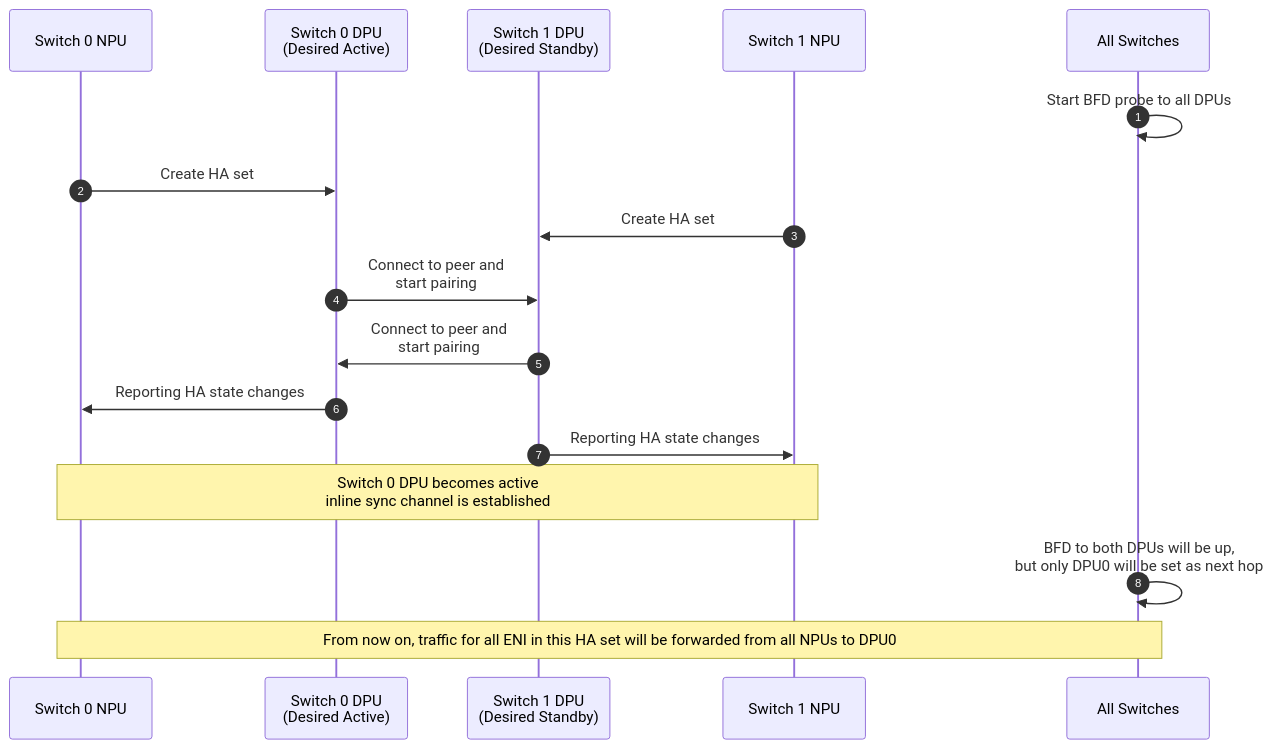
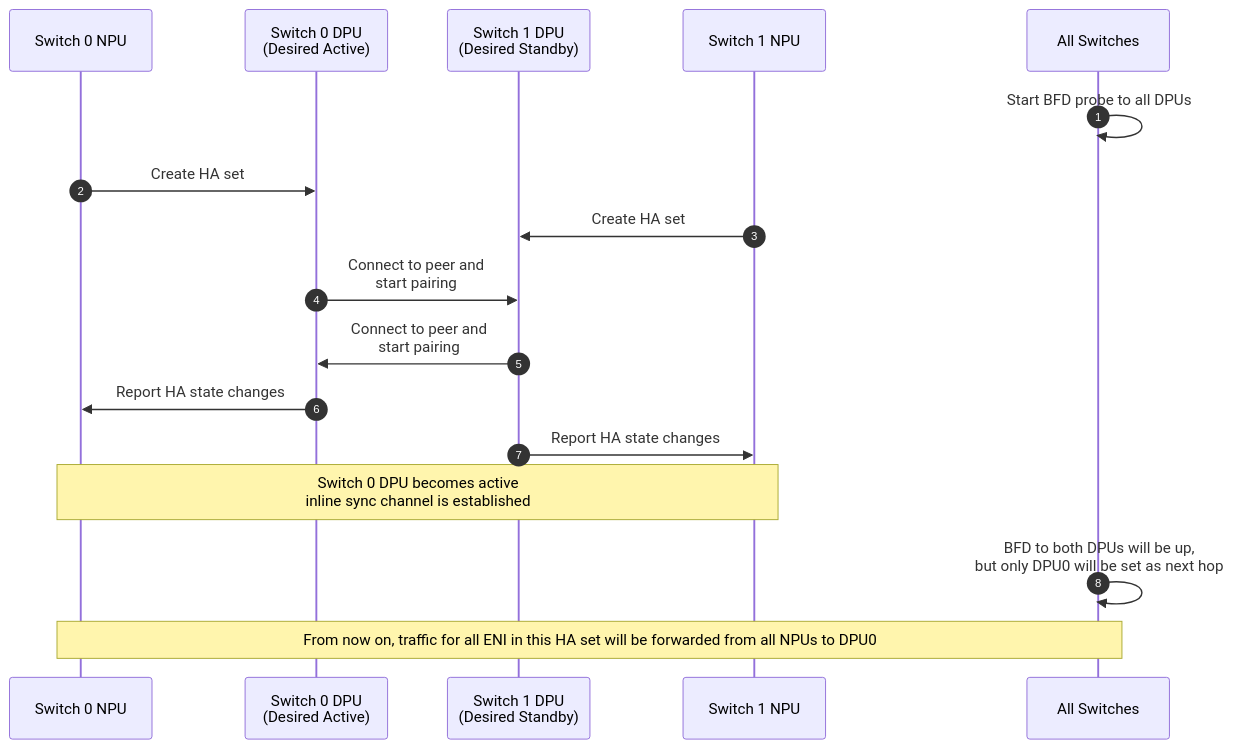
One commit to sonic-net/SONiC changed the diagram in doc/smart-switch/high-availability/smart-switch-ha-dpu-driven-dpu-scope-setup.md. Above: the diagram before and after it, drawn with Mermaid.

Commit message:
HA set creation.

````diff
--- a/doc/smart-switch/high-availability/smart-switch-ha-dpu-driven-dpu-scope-setup.md
+++ b/doc/smart-switch/high-availability/smart-switch-ha-dpu-driven-dpu-scope-setup.md
@@ -152,24 +152,24 @@
 ```mermaid
 sequenceDiagram
    autonumber
 
    participant S0N as Switch 0 NPU
    participant S0D as Switch 0 DPU<br>(Desired Active)
    participant S1D as Switch 1 DPU<br>(Desired Standby)
    participant S1N as Switch 1 NPU
    participant SA as All Switches
    
    SA->>SA: Start BFD probe to all DPUs
    S0N->>S0D: Create HA set
    S1N->>S1D: Create HA set
 
    S0D->>S1D: Connect to peer and<br>start pairing
    S1D->>S0D: Connect to peer and<br>start pairing
 
-   S0D->>S0N: Reporting HA state changes
-   S1D->>S1N: Reporting HA state changes
+   S0D->>S0N: Report HA state changes
+   S1D->>S1N: Report HA state changes
    Note over S0N,S1N: Switch 0 DPU becomes active<br>inline sync channel is established
 
    SA->>SA: BFD to both DPUs will be up,<br>but only DPU0 will be set as next hop
    Note over S0N,SA: From now on, traffic for all ENI in this HA set will be forwarded from all NPUs to DPU0
 ```
````
